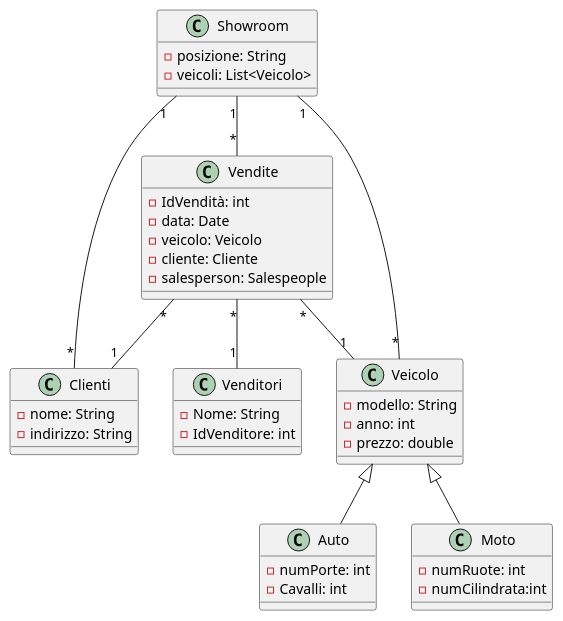
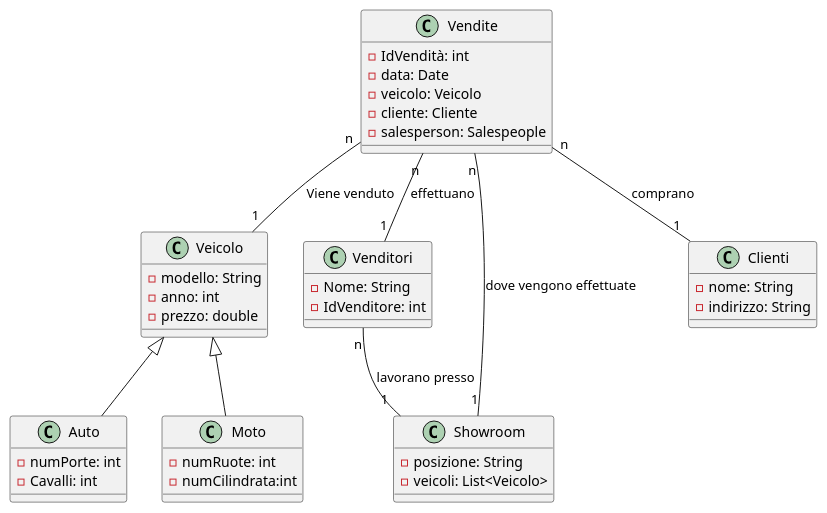
The diagram in Concessionari.puml (SalvatoreCiaramidaro/Rete-Concessionari), drawn with PlantUML before and after one commit. The commit also changed 1 other file, not shown here.

```diff
--- a/Concessionari.puml
+++ b/Concessionari.puml
@@ -1,57 +1,56 @@
 @startuml
 
 class Veicolo {
   -modello: String
   -anno: int
   -prezzo: double
 }
 
 class Auto {
   -numPorte: int
   -Cavalli: int
 }
 
 
 
 class Clienti {
   -nome: String
   -indirizzo: String
 }
 
 class Venditori {
   -Nome: String
   -IdVenditore: int
 }
 
 class Showroom {
   -posizione: String
   -veicoli: List<Veicolo>
 }
 
 class Vendite {
   -IdVendità: int
   -data: Date
   -veicolo: Veicolo
   -cliente: Cliente
   -salesperson: Salespeople
 }
 
 class Moto {
   -numRuote: int
   -numCilindrata:int
 }
 
 Veicolo <|-- Auto
 Veicolo <|-- Moto
 
 
-Vendite "*"--"1" Venditori
-Showroom "1" -- "*" Veicolo
-Vendite "*"--"1" Clienti
-Vendite "*"--"1" Veicolo
-Clienti"*"--"1" Showroom
-Showroom "1"--"*" Vendite
-
+Vendite "n"--"1" Venditori : effettuano
+Vendite "n"--"1" Clienti : comprano
+Vendite "n"--"1" Veicolo : Viene venduto
+Showroom "1"--"n" Vendite : dove vengono effettuate
+Venditori "n"--"1" Showroom : lavorano presso
+ 
 
 
 @enduml
```
